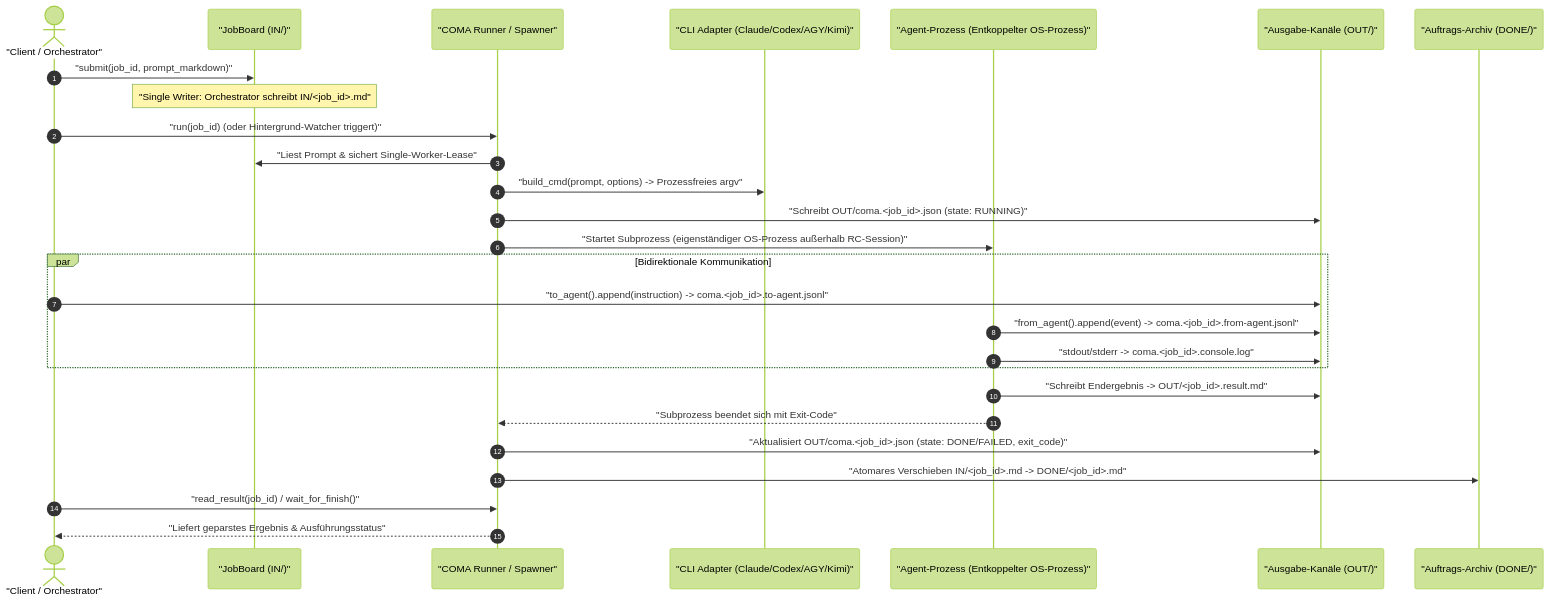
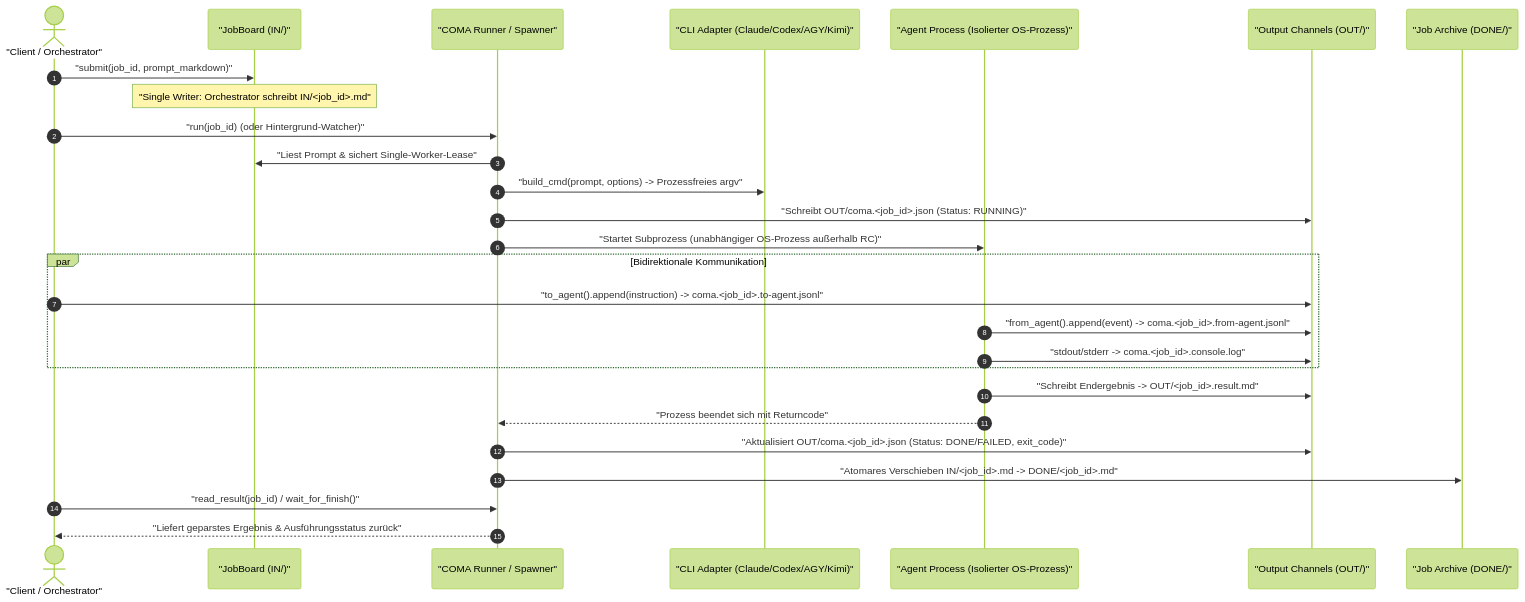
One commit to ellmos-ai/coma changed the second of 2 diagrams in README_de.md. Above: the diagram before and after it, drawn with Mermaid (forest theme). The commit also changed other lines of this file and 9 other files, not shown here.

````diff
--- a/README_de.md
+++ b/README_de.md
@@ -173,32 +334,32 @@
 ```mermaid
 sequenceDiagram
     autonumber
     actor Orchestrator as "Client / Orchestrator"
     participant Board as "JobBoard (IN/)"
     participant Runner as "COMA Runner / Spawner"
     participant Adapter as "CLI Adapter (Claude/Codex/AGY/Kimi)"
-    participant Subprocess as "Agent-Prozess (Entkoppelter OS-Prozess)"
-    participant Channels as "Ausgabe-Kanäle (OUT/)"
-    participant Archive as "Auftrags-Archiv (DONE/)"
+    participant Subprocess as "Agent Process (Isolierter OS-Prozess)"
+    participant Channels as "Output Channels (OUT/)"
+    participant Archive as "Job Archive (DONE/)"
 
     Orchestrator->>Board: "submit(job_id, prompt_markdown)"
     Note over Board: "Single Writer: Orchestrator schreibt IN/<job_id>.md"
-    Orchestrator->>Runner: "run(job_id) (oder Hintergrund-Watcher triggert)"
+    Orchestrator->>Runner: "run(job_id) (oder Hintergrund-Watcher)"
     Runner->>Board: "Liest Prompt & sichert Single-Worker-Lease"
     Runner->>Adapter: "build_cmd(prompt, options) -> Prozessfreies argv"
-    Runner->>Channels: "Schreibt OUT/coma.<job_id>.json (state: RUNNING)"
-    Runner->>Subprocess: "Startet Subprozess (eigenständiger OS-Prozess außerhalb RC-Session)"
+    Runner->>Channels: "Schreibt OUT/coma.<job_id>.json (Status: RUNNING)"
+    Runner->>Subprocess: "Startet Subprozess (unabhängiger OS-Prozess außerhalb RC)"
 
     par Bidirektionale Kommunikation
         Orchestrator->>Channels: "to_agent().append(instruction) -> coma.<job_id>.to-agent.jsonl"
         Subprocess->>Channels: "from_agent().append(event) -> coma.<job_id>.from-agent.jsonl"
         Subprocess->>Channels: "stdout/stderr -> coma.<job_id>.console.log"
     end
 
     Subprocess->>Channels: "Schreibt Endergebnis -> OUT/<job_id>.result.md"
-    Subprocess-->>Runner: "Subprozess beendet sich mit Exit-Code"
-    Runner->>Channels: "Aktualisiert OUT/coma.<job_id>.json (state: DONE/FAILED, exit_code)"
+    Subprocess-->>Runner: "Prozess beendet sich mit Returncode"
+    Runner->>Channels: "Aktualisiert OUT/coma.<job_id>.json (Status: DONE/FAILED, exit_code)"
     Runner->>Archive: "Atomares Verschieben IN/<job_id>.md -> DONE/<job_id>.md"
     Orchestrator->>Runner: "read_result(job_id) / wait_for_finish()"
-    Runner-->>Orchestrator: "Liefert geparstes Ergebnis & Ausführungsstatus"
+    Runner-->>Orchestrator: "Liefert geparstes Ergebnis & Ausführungsstatus zurück"
 ```
````
